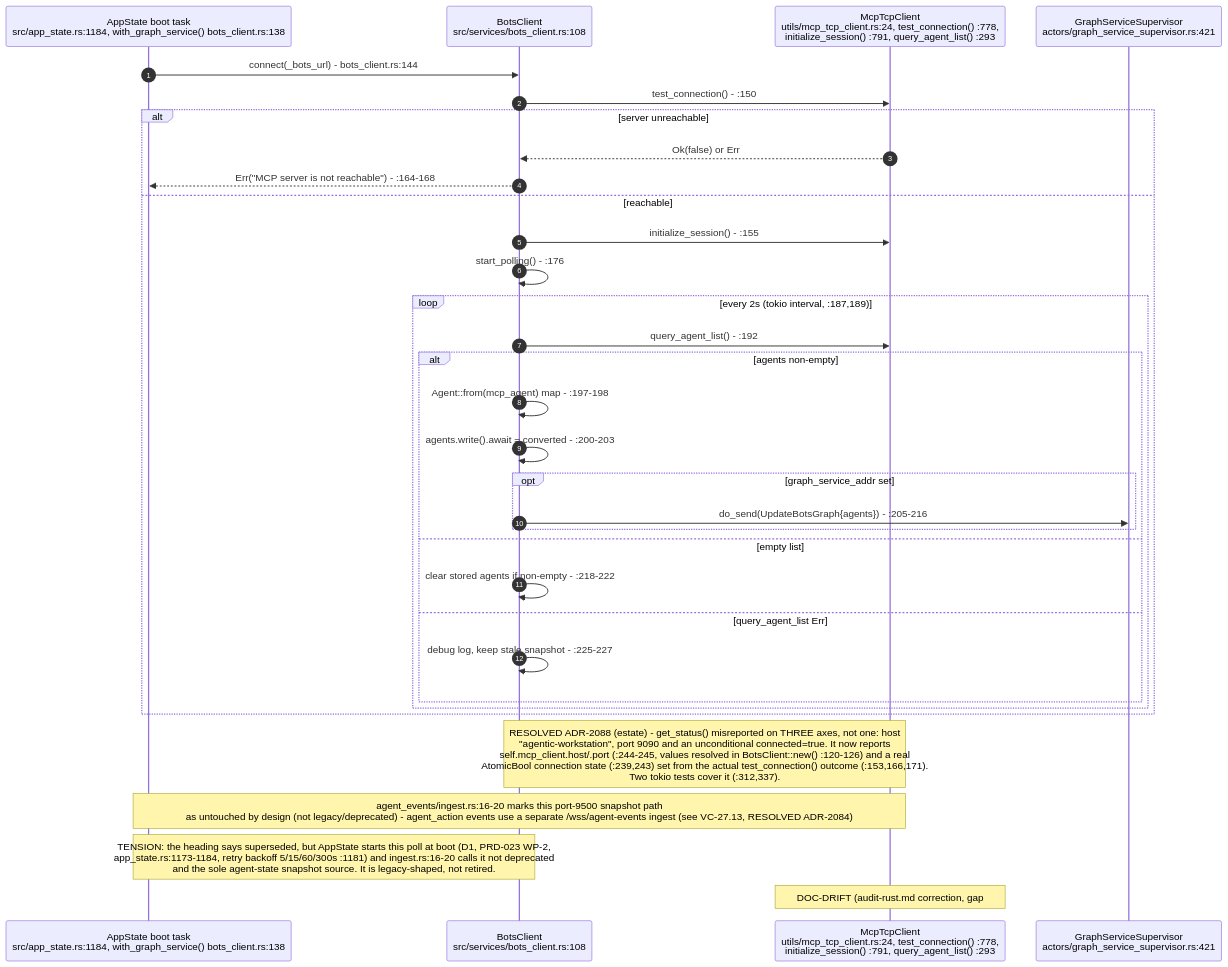
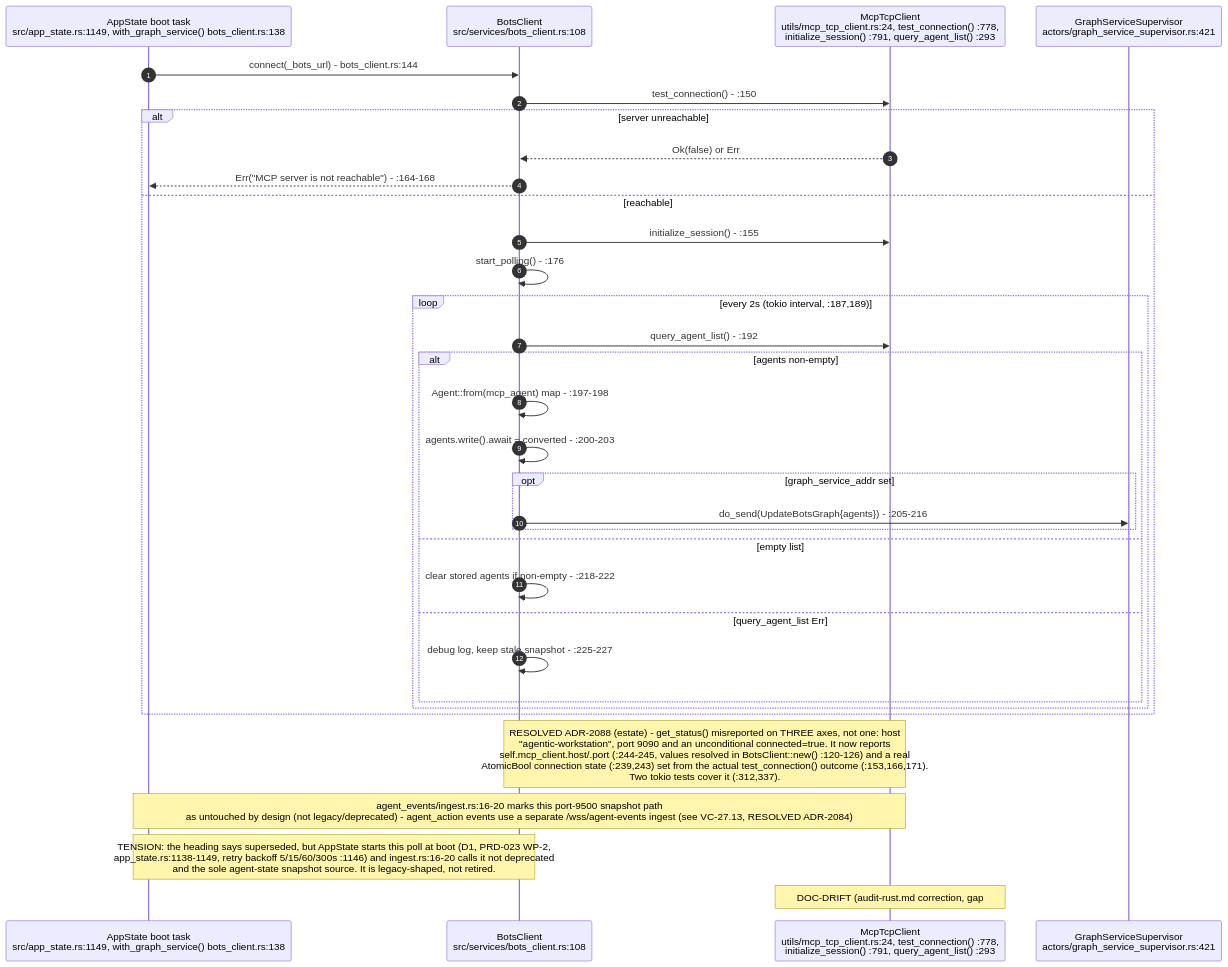
Before and after one commit to DreamLab-AI/VisionFlow: the first of 11 diagrams in docs/diagrams/visionclaw/27-agent-integration-mcp-relay.md, drawn with Mermaid. The commit also changed other lines of this file and 7 other files, not shown here.

First line of the commit message:
diagrams(visionclaw): re-verify VC-25..28 and VC-30..33 at visionclaw 4900ec60b, agentbox 59b1aca1c

````diff
--- a/docs/diagrams/visionclaw/27-agent-integration-mcp-relay.md
+++ b/docs/diagrams/visionclaw/27-agent-integration-mcp-relay.md
@@ -51,36 +51,36 @@
 ```mermaid
 sequenceDiagram
     autonumber
-    participant Caller as AppState boot task<br/>src/app_state.rs:1184, with_graph_service() bots_client.rs:138
+    participant Caller as AppState boot task<br/>src/app_state.rs:1149, with_graph_service() bots_client.rs:138
     participant BC as BotsClient<br/>src/services/bots_client.rs:108
     participant MCP as McpTcpClient<br/>utils/mcp_tcp_client.rs:24, test_connection() :778,<br/>initialize_session() :791, query_agent_list() :293
     participant GSS as GraphServiceSupervisor<br/>actors/graph_service_supervisor.rs:421
 
     Caller->>BC: connect(_bots_url) - bots_client.rs:144
     BC->>MCP: test_connection() - :150
     alt server unreachable
         MCP-->>BC: Ok(false) or Err
         BC-->>Caller: Err("MCP server is not reachable") - :164-168
     else reachable
         BC->>MCP: initialize_session() - :155
         BC->>BC: start_polling() - :176
         loop every 2s (tokio interval, :187,189)
             BC->>MCP: query_agent_list() - :192
             alt agents non-empty
                 BC->>BC: Agent::from(mcp_agent) map - :197-198
                 BC->>BC: agents.write().await = converted - :200-203
                 opt graph_service_addr set
                     BC->>GSS: do_send(UpdateBotsGraph{agents}) - :205-216
                 end
             else empty list
                 BC->>BC: clear stored agents if non-empty - :218-222
             else query_agent_list Err
                 BC->>BC: debug log, keep stale snapshot - :225-227
             end
         end
     end
     Note over BC,MCP: RESOLVED ADR-2088 (estate) - get_status() misreported on THREE axes, not one: host<br/>"agentic-workstation", port 9090 and an unconditional connected=true. It now reports<br/>self.mcp_client.host/.port (:244-245, values resolved in BotsClient::new() :120-126) and a real<br/>AtomicBool connection state (:239,243) set from the actual test_connection() outcome (:153,166,171).<br/>Two tokio tests cover it (:312,337).
     Note over Caller,MCP: agent_events/ingest.rs:16-20 marks this port-9500 snapshot path<br/>as untouched by design (not legacy/deprecated) - agent_action events use a separate /wss/agent-events ingest (see VC-27.13, RESOLVED ADR-2084)
-    Note over Caller,BC: TENSION: the heading says superseded, but AppState starts this poll at boot (D1, PRD-023 WP-2,<br/>app_state.rs:1173-1184, retry backoff 5/15/60/300s :1181) and ingest.rs:16-20 calls it not deprecated<br/>and the sole agent-state snapshot source. It is legacy-shaped, not retired.
+    Note over Caller,BC: TENSION: the heading says superseded, but AppState starts this poll at boot (D1, PRD-023 WP-2,<br/>app_state.rs:1138-1149, retry backoff 5/15/60/300s :1146) and ingest.rs:16-20 calls it not deprecated<br/>and the sole agent-state snapshot source. It is legacy-shaped, not retired.
     Note over MCP: DOC-DRIFT (audit-rust.md correction, gap #2): a SECOND file also named mcp_tcp_client.rs<br/>exists at src/client/mcp_tcp_client.rs, defining McpTelemetryClient (struct src/client/mcp_tcp_client.rs:10,<br/>impl :17). grep confirms it is dead - src/client/mod.rs:1,3 declares and re-exports it but nothing else in<br/>src/ constructs or calls it. The live MCP-TCP hop is exclusively utils/mcp_tcp_client.rs::McpTcpClient<br/>shown above (used by bots_client.rs, ontology_class_index.rs, multi_mcp_agent_discovery.rs,<br/>the analytics anomaly/clustering handlers and bin/test_mcp_connection.rs)
 ```
````
